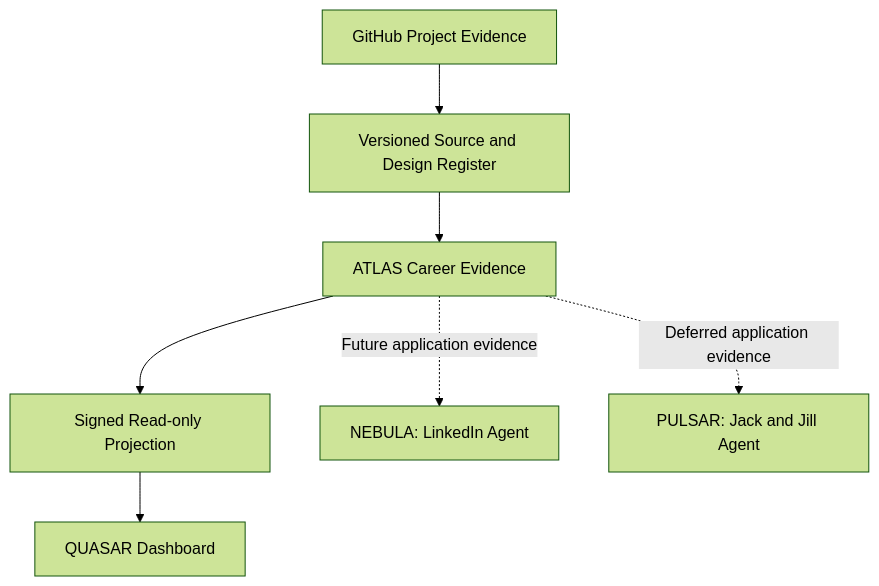
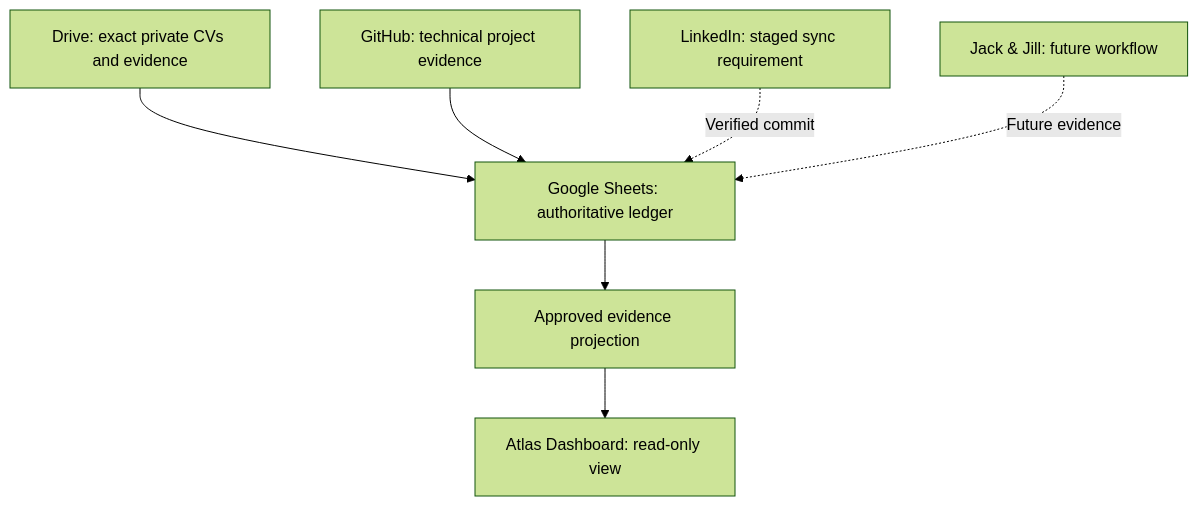
One commit to jyotheshkar/Atlas changed the diagram in docs/architecture/README.md. Above: the diagram before and after it, drawn with Mermaid (forest theme). The commit also changed other lines of this file and 34 other files, not shown here.

Commit message:
Rebrand Atlas Dashboard source, public viewer and evidence architecture

````diff
--- a/docs/architecture/README.md
+++ b/docs/architecture/README.md
@@ -7,9 +5,9 @@
 ```mermaid
 flowchart TD
-    G["GitHub Project Evidence"] --> R["Versioned Source and Design Register"]
-    R --> A["ATLAS Career Evidence"]
-    A --> P["Signed Read-only Projection"]
-    P --> Q["QUASAR Dashboard"]
-    A -. "Future application evidence" .-> N["NEBULA: LinkedIn Agent"]
-    A -. "Deferred application evidence" .-> J["PULSAR: Jack and Jill Agent"]
+    S["Google Sheets: authoritative ledger"] --> P["Approved evidence projection"]
+    D["Drive: exact private CVs and evidence"] --> S
+    G["GitHub: technical project evidence"] --> S
+    P --> A["Atlas Dashboard: read-only view"]
+    L["LinkedIn: staged sync requirement"] -. "Verified commit" .-> S
+    J["Jack & Jill: future workflow"] -. "Future evidence" .-> S
 ```
````
